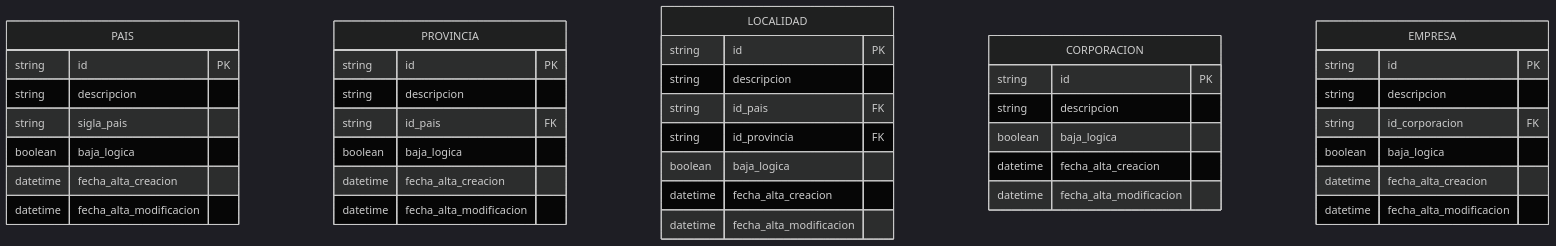
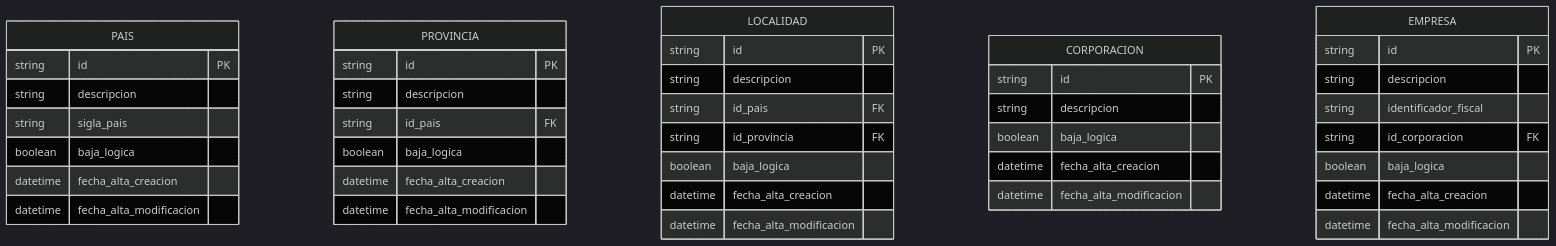
Before and after one commit to GabrielAlejandroArroyo/MiddlewareDesigner: the first of 2 diagrams in documentacion/arquitectura/modelos_datos.md, drawn with Mermaid (dark theme). The commit also changed 6 other files, not shown here.

````diff
--- a/documentacion/arquitectura/modelos_datos.md
+++ b/documentacion/arquitectura/modelos_datos.md
@@ -8,43 +8,44 @@
 ```mermaid
 erDiagram
     PAIS {
         string id PK
         string descripcion
         string sigla_pais
         boolean baja_logica
         datetime fecha_alta_creacion
         datetime fecha_alta_modificacion
     }
     PROVINCIA {
         string id PK
         string descripcion
         string id_pais FK
         boolean baja_logica
         datetime fecha_alta_creacion
         datetime fecha_alta_modificacion
     }
     LOCALIDAD {
         string id PK
         string descripcion
         string id_pais FK
         string id_provincia FK
         boolean baja_logica
         datetime fecha_alta_creacion
         datetime fecha_alta_modificacion
     }
     CORPORACION {
         string id PK
         string descripcion
         boolean baja_logica
         datetime fecha_alta_creacion
         datetime fecha_alta_modificacion
     }
     EMPRESA {
         string id PK
         string descripcion
+        string identificador_fiscal
         string id_corporacion FK
         boolean baja_logica
         datetime fecha_alta_creacion
         datetime fecha_alta_modificacion
     }
 ```
````
